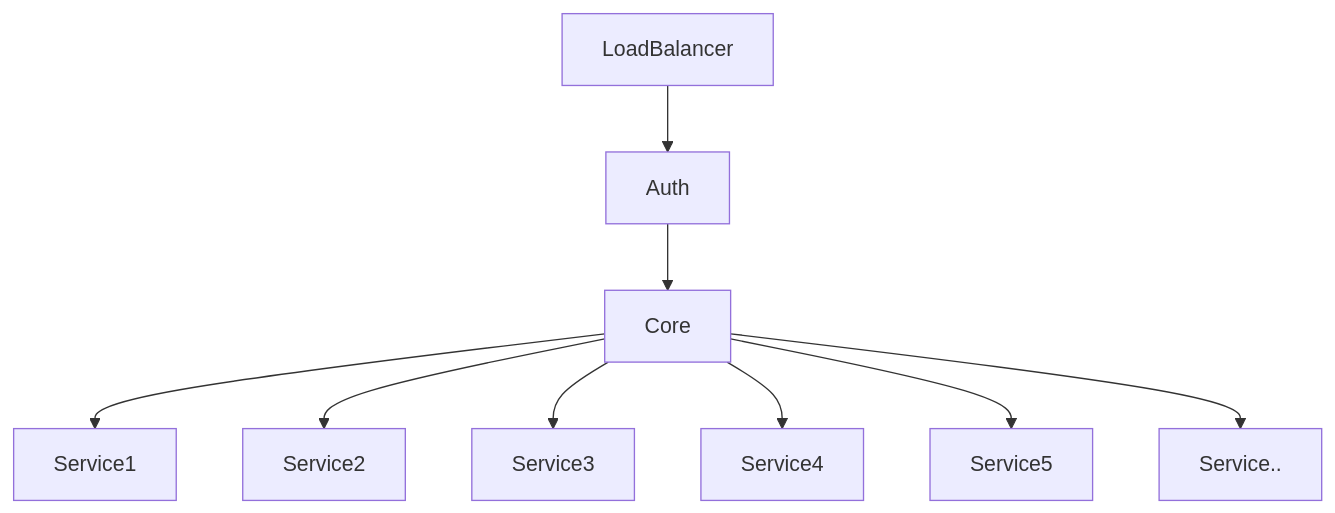
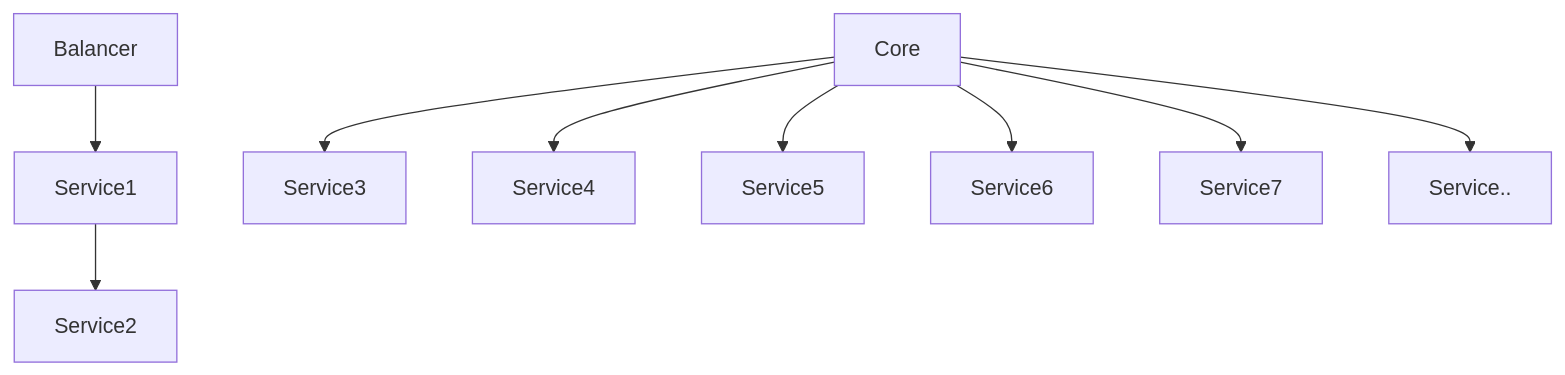
Before and after one commit to dnlwrn01/dal-vpc-tf-ans-config: the diagram in README.md, drawn with Mermaid.

````diff
--- a/README.md
+++ b/README.md
@@ -19,5 +19,5 @@
 ``` mermaid
         graph TD
-            LoadBalancer --> Auth --> Core
-            Core --> Service1 & Service2 & Service3 & Service4 & Service5 & Service..
+            Balancer --> Service1 --> Service2
+            Core --> Service3 & Service4 & Service5 & Service6 & Service7 & Service..
 ```
````
